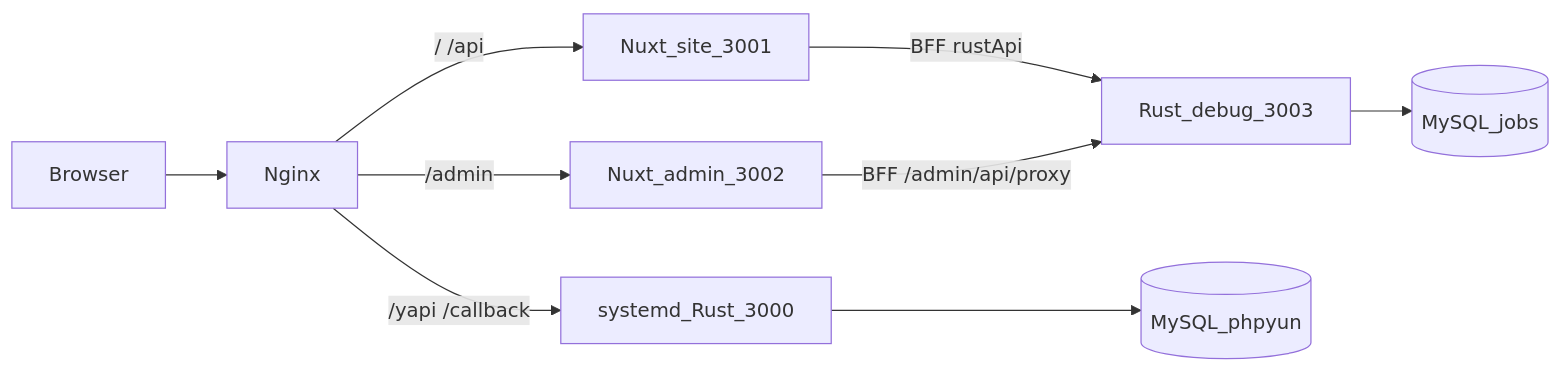
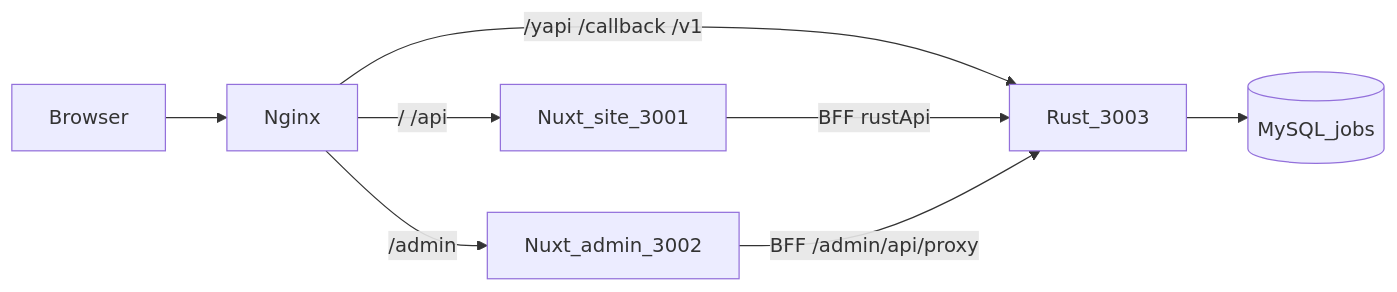
Before and after one commit to DK3369/yunzhaopin: the diagram in doc/ARCHITECTURE.md, drawn with Mermaid. The commit also changed other lines of this file and 10 other files, not shown here.

````diff
--- a/doc/ARCHITECTURE.md
+++ b/doc/ARCHITECTURE.md
@@ -99,20 +98,17 @@
 ```mermaid
 flowchart LR
   browser[Browser]
   nginx[Nginx]
   site[Nuxt_site_3001]
   admin[Nuxt_admin_3002]
-  rustNew[Rust_debug_3003]
-  rustOld[systemd_Rust_3000]
+  rust[Rust_3003]
   jobs[(MySQL_jobs)]
-  phpYun[(MySQL_phpyun)]
 
   browser --> nginx
   nginx -->|"/ /api"| site
   nginx -->|"/admin"| admin
-  nginx -->|"/yapi /callback"| rustOld
-  site -->|"BFF rustApi"| rustNew
-  admin -->|"BFF /admin/api/proxy"| rustNew
-  rustNew --> jobs
-  rustOld --> phpYun
+  nginx -->|"/yapi /callback /v1"| rust
+  site -->|"BFF rustApi"| rust
+  admin -->|"BFF /admin/api/proxy"| rust
+  rust --> jobs
 ```
````
